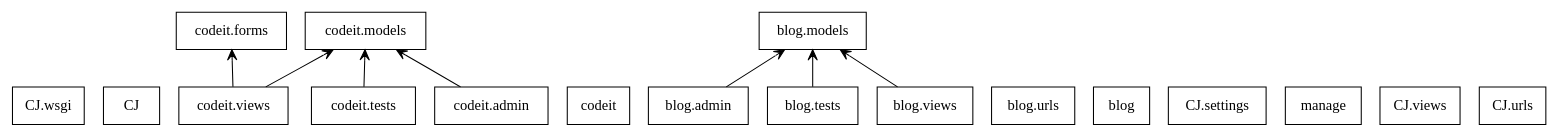
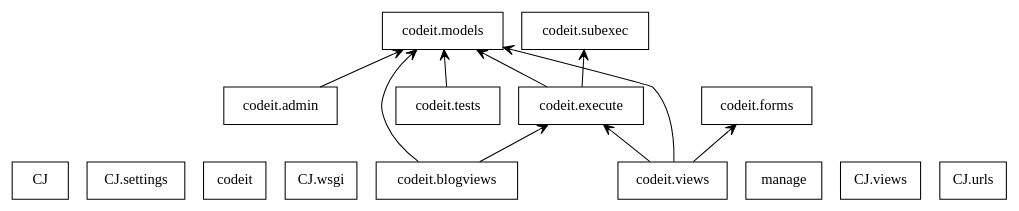
The diagram in docs/packages_No_Name.dot (akashdeshmukh/Codeit), drawn with Graphviz before and after one commit. The commit also changed 5 other files, not shown here.

```diff
--- a/docs/packages_No_Name.dot
+++ b/docs/packages_No_Name.dot
@@ -1,29 +1,28 @@
 digraph "packages_No_Name" {
 charset="utf-8"
 rankdir=BT
-"3" [shape="box", label="CJ.wsgi"];
-"4" [shape="box", label="CJ"];
-"5" [shape="box", label="codeit.forms"];
-"8" [shape="box", label="codeit.tests"];
-"10" [shape="box", label="codeit"];
-"11" [shape="box", label="codeit.models"];
-"15" [shape="box", label="blog.models"];
-"17" [shape="box", label="blog.urls"];
-"18" [shape="box", label="blog.admin"];
-"20" [shape="box", label="blog"];
-"21" [shape="box", label="CJ.settings"];
-"22" [shape="box", label="blog.tests"];
-"24" [shape="box", label="manage"];
-"25" [shape="box", label="CJ.views"];
-"26" [shape="box", label="CJ.urls"];
-"27" [shape="box", label="codeit.admin"];
-"29" [shape="box", label="codeit.views"];
-"30" [shape="box", label="blog.views"];
-"8" -> "11" [arrowtail="none", arrowhead="open"];
-"18" -> "15" [arrowtail="none", arrowhead="open"];
-"22" -> "15" [arrowtail="none", arrowhead="open"];
-"27" -> "11" [arrowtail="none", arrowhead="open"];
-"29" -> "5" [arrowtail="none", arrowhead="open"];
-"29" -> "11" [arrowtail="none", arrowhead="open"];
-"30" -> "15" [arrowtail="none", arrowhead="open"];
+"3" [shape="box", label="CJ"];
+"4" [shape="box", label="CJ.settings"];
+"5" [shape="box", label="codeit"];
+"6" [shape="box", label="CJ.wsgi"];
+"7" [shape="box", label="codeit.models"];
+"13" [shape="box", label="manage"];
+"14" [shape="box", label="codeit.execute"];
+"15" [shape="box", label="codeit.admin"];
+"18" [shape="box", label="codeit.blogviews"];
+"19" [shape="box", label="CJ.views"];
+"20" [shape="box", label="codeit.tests"];
+"22" [shape="box", label="codeit.forms"];
+"25" [shape="box", label="CJ.urls"];
+"26" [shape="box", label="codeit.views"];
+"27" [shape="box", label="codeit.subexec"];
+"14" -> "7" [arrowtail="none", arrowhead="open"];
+"14" -> "27" [arrowtail="none", arrowhead="open"];
+"15" -> "7" [arrowtail="none", arrowhead="open"];
+"18" -> "7" [arrowtail="none", arrowhead="open"];
+"18" -> "14" [arrowtail="none", arrowhead="open"];
+"20" -> "7" [arrowtail="none", arrowhead="open"];
+"26" -> "7" [arrowtail="none", arrowhead="open"];
+"26" -> "14" [arrowtail="none", arrowhead="open"];
+"26" -> "22" [arrowtail="none", arrowhead="open"];
 }
```
